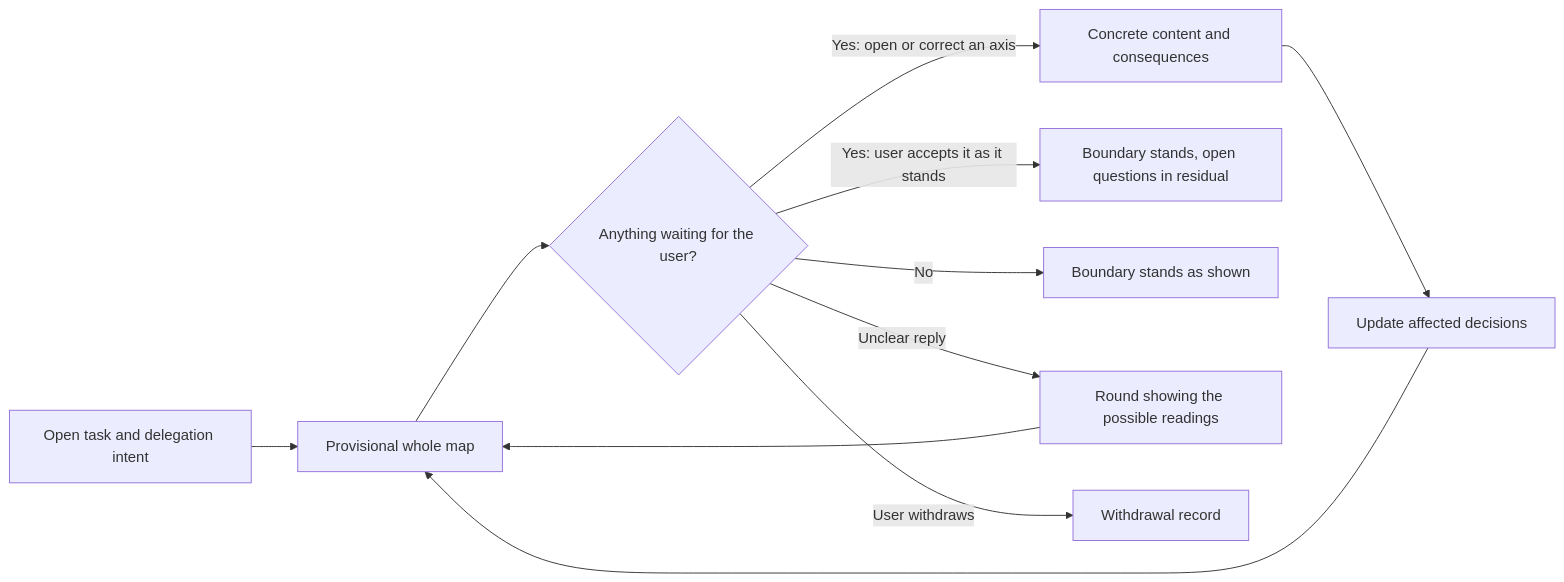
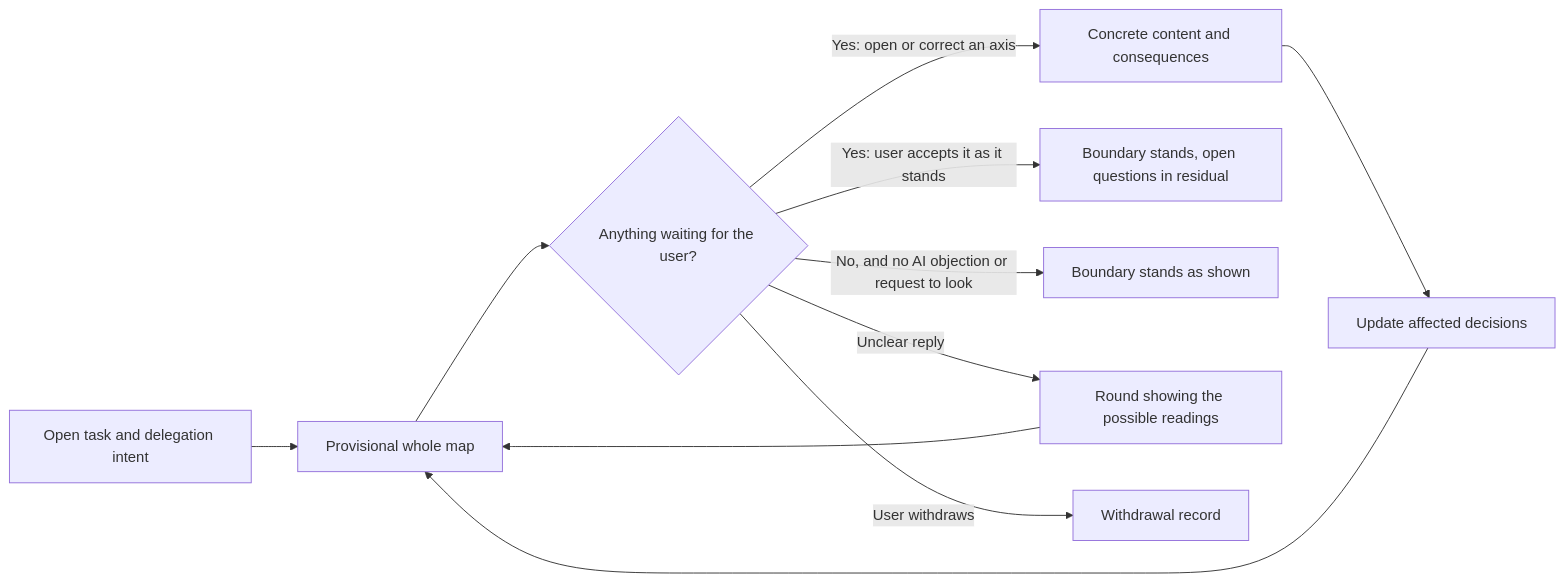
Before and after one commit to jongwony/epistemic-protocols: the diagram in horismos/README.md, drawn with Mermaid. The commit also changed other lines of this file and 4 other files, not shown here.

````diff
--- a/horismos/README.md
+++ b/horismos/README.md
@@ -9,13 +9,13 @@
 ```mermaid
 flowchart LR
     A[Open task and delegation intent] --> B[Provisional whole map]
     B --> C{Anything waiting for the user?}
     C -->|Yes: open or correct an axis| D[Concrete content and consequences]
     D --> E[Update affected decisions]
     E --> B
     C -->|Yes: user accepts it as it stands| F[Boundary stands, open questions in residual]
-    C -->|No| G[Boundary stands as shown]
+    C -->|No, and no AI objection or request to look| G[Boundary stands as shown]
     C -->|Unclear reply| H[Round showing the possible readings]
     H --> B
     C -->|User withdraws| W[Withdrawal record]
 ```
````
